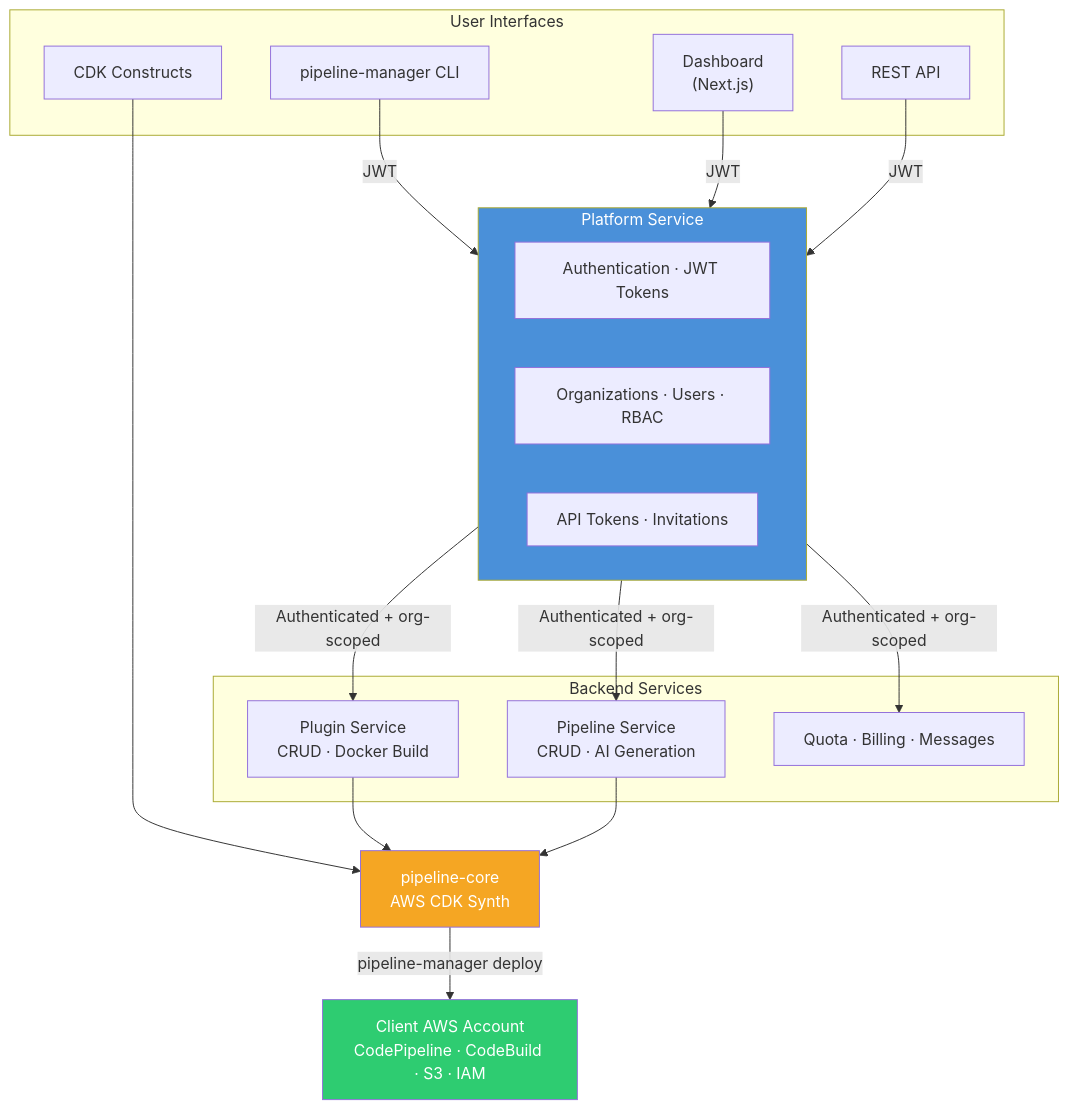
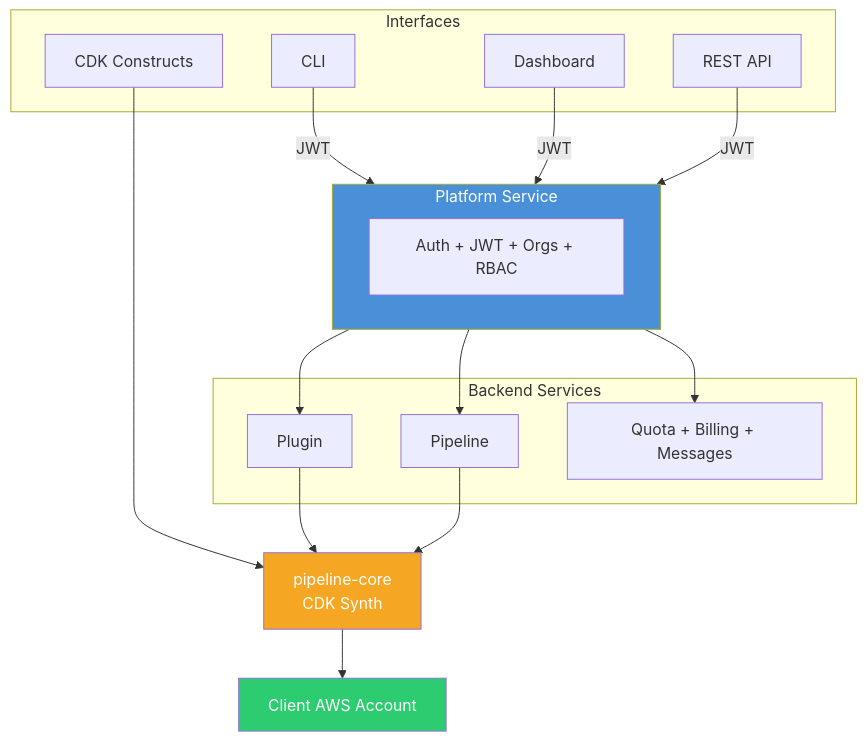
The diagram in README.md (mwashburn160/pipeline-builder), drawn with Mermaid before and after one commit. The commit also changed other lines of this file, not shown here.

````diff
--- a/README.md
+++ b/README.md
@@ -130,34 +48,27 @@
 ```mermaid
 flowchart TB
-    subgraph Interfaces["User Interfaces"]
-        CLI["pipeline-manager CLI"]
-        DASH["Dashboard<br/>(Next.js)"]
-        API["REST API"]
-        CDK["CDK Constructs"]
+    subgraph Interfaces
+        CLI["CLI"] & DASH["Dashboard"] & API["REST API"] & CDK["CDK Constructs"]
     end
 
     subgraph Platform["Platform Service"]
-        AUTH["Authentication · JWT Tokens"]
-        ORGS["Organizations · Users · RBAC"]
-        TOKENS["API Tokens · Invitations"]
+        AUTH["Auth + JWT + Orgs + RBAC"]
     end
 
     subgraph Backend["Backend Services"]
-        PLUGIN["Plugin Service<br/>CRUD · Docker Build"]
-        PIPELINE["Pipeline Service<br/>CRUD · AI Generation"]
-        SUPPORT["Quota · Billing · Messages"]
+        PLUGIN["Plugin"] & PIPELINE["Pipeline"] & SUPPORT["Quota + Billing + Messages"]
     end
 
-    CORE["pipeline-core<br/>AWS CDK Synth"]
-    AWS["Client AWS Account<br/>CodePipeline · CodeBuild · S3 · IAM"]
+    CORE["pipeline-core<br/>CDK Synth"]
+    AWS["Client AWS Account"]
 
     CLI & DASH & API -->|JWT| Platform
     CDK --> CORE
-    Platform -->|Authenticated + org-scoped| PLUGIN & PIPELINE & SUPPORT
+    Platform --> PLUGIN & PIPELINE & SUPPORT
     PLUGIN & PIPELINE --> CORE
-    CORE -->|"pipeline-manager deploy"| AWS
+    CORE --> AWS
 
     style Platform fill:#4A90D9,color:#fff
     style CORE fill:#F5A623,color:#fff
     style AWS fill:#2ECC71,color:#fff
 ```
````
